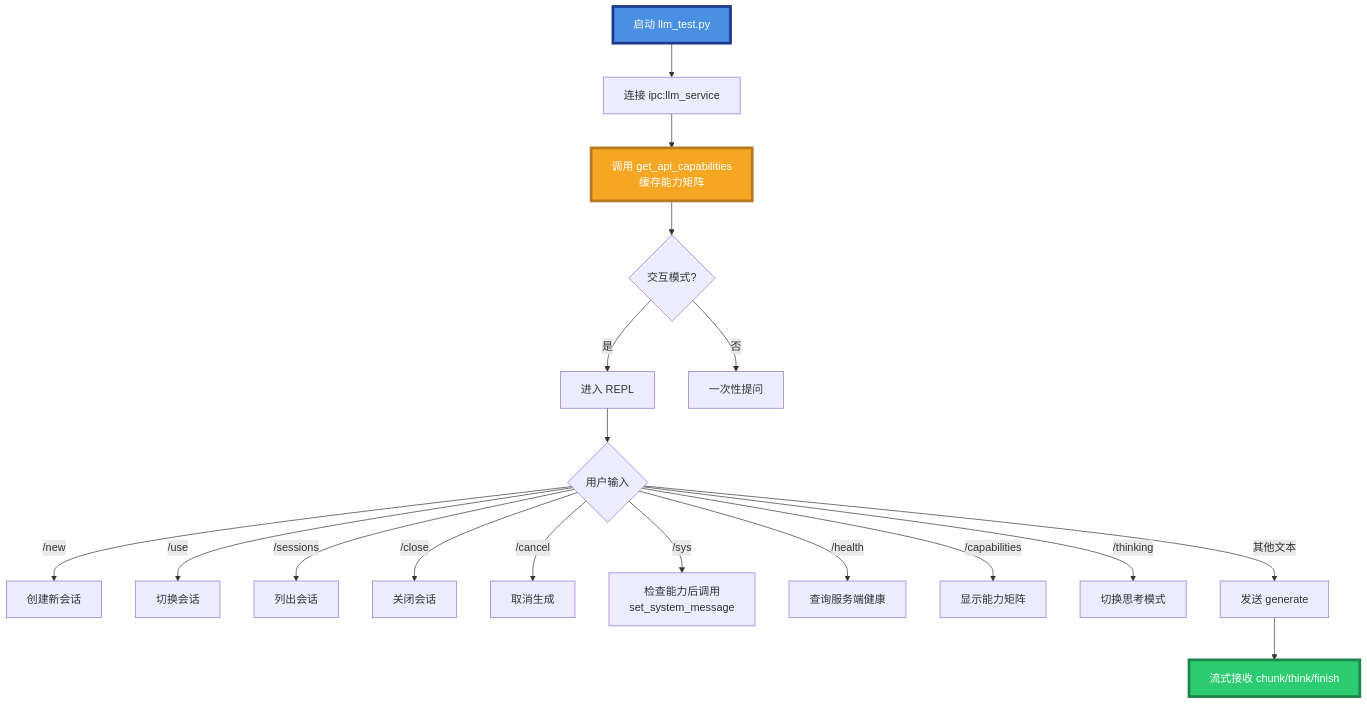
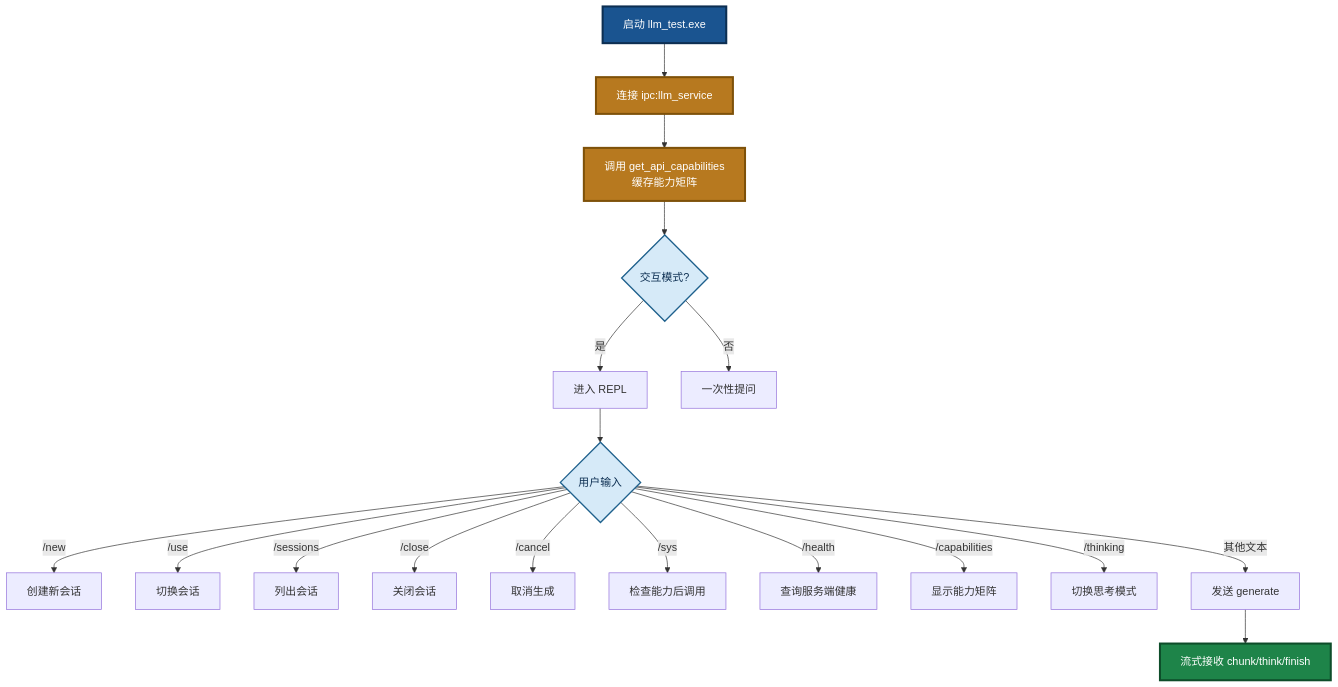
Diagram 16 of 28 in src/llm-service/LingoFuse_LLM_Ecosystem_User_Guide.md (PassByYou888/LingoFuse-pasAgent), drawn with Mermaid before and after one commit. The commit also changed other lines of this file, not shown here.

````diff
--- a/src/llm-service/LingoFuse_LLM_Ecosystem_User_Guide.md
+++ b/src/llm-service/LingoFuse_LLM_Ecosystem_User_Guide.md
@@ -454,24 +533,27 @@
 ```mermaid
 flowchart TB
-    START["启动 llm_test.py"] --> CONN["连接 ipc:llm_service"]
+    START["启动 llm_test.exe"] --> CONN["连接 ipc:llm_service"]
     CONN --> CAP["调用 get_api_capabilities<br/>缓存能力矩阵"]
     CAP --> MODE{"交互模式?"}
     MODE -->|是| REPL["进入 REPL"]
     MODE -->|否| ONESHOT["一次性提问"]
     REPL --> CMD{"用户输入"}
-    CMD -->|/new| NEW["创建新会话"]
-    CMD -->|/use| USE["切换会话"]
-    CMD -->|/sessions| LIST["列出会话"]
-    CMD -->|/close| CLOSE["关闭会话"]
-    CMD -->|/cancel| CANCEL["取消生成"]
-    CMD -->|/sys| SYS["检查能力后调用<br/>set_system_message"]
-    CMD -->|/health| HEALTH["查询服务端健康"]
-    CMD -->|/capabilities| CAPS["显示能力矩阵"]
-    CMD -->|/thinking| THINK["切换思考模式"]
-    CMD -->|其他文本| SEND["发送 generate"]
+    CMD -->|"/new"| NEW["创建新会话"]
+    CMD -->|"/use"| USE["切换会话"]
+    CMD -->|"/sessions"| LIST["列出会话"]
+    CMD -->|"/close"| CLOSE["关闭会话"]
+    CMD -->|"/cancel"| CANCEL["取消生成"]
+    CMD -->|"/sys"| SYS["检查能力后调用"]
+    CMD -->|"/health"| HEALTH["查询服务端健康"]
+    CMD -->|"/capabilities"| CAPS["显示能力矩阵"]
+    CMD -->|"/thinking"| THINK["切换思考模式"]
+    CMD -->|"其他文本"| SEND["发送 generate"]
     SEND --> STREAM["流式接收 chunk/think/finish"]
 
-    style START fill:#4A90E2,stroke:#1E3A8A,stroke-width:4px,color:#FFFFFF
-    style CAP fill:#F5A623,stroke:#B7791F,stroke-width:4px,color:#FFFFFF
-    style STREAM fill:#2ECC71,stroke:#1E8449,stroke-width:4px,color:#FFFFFF
+    style START fill:#1A5490,stroke:#0D2F52,stroke-width:3px,color:#FFFFFF
+    style CONN fill:#B7791F,stroke:#7E5109,stroke-width:3px,color:#FFFFFF
+    style CAP fill:#B7791F,stroke:#7E5109,stroke-width:3px,color:#FFFFFF
+    style STREAM fill:#1E8449,stroke:#0E4D2A,stroke-width:3px,color:#FFFFFF
+    style MODE fill:#D6EAF8,stroke:#1F618D,stroke-width:2px,color:#0D2F52
+    style CMD fill:#D6EAF8,stroke:#1F618D,stroke-width:2px,color:#0D2F52
 ```
````
